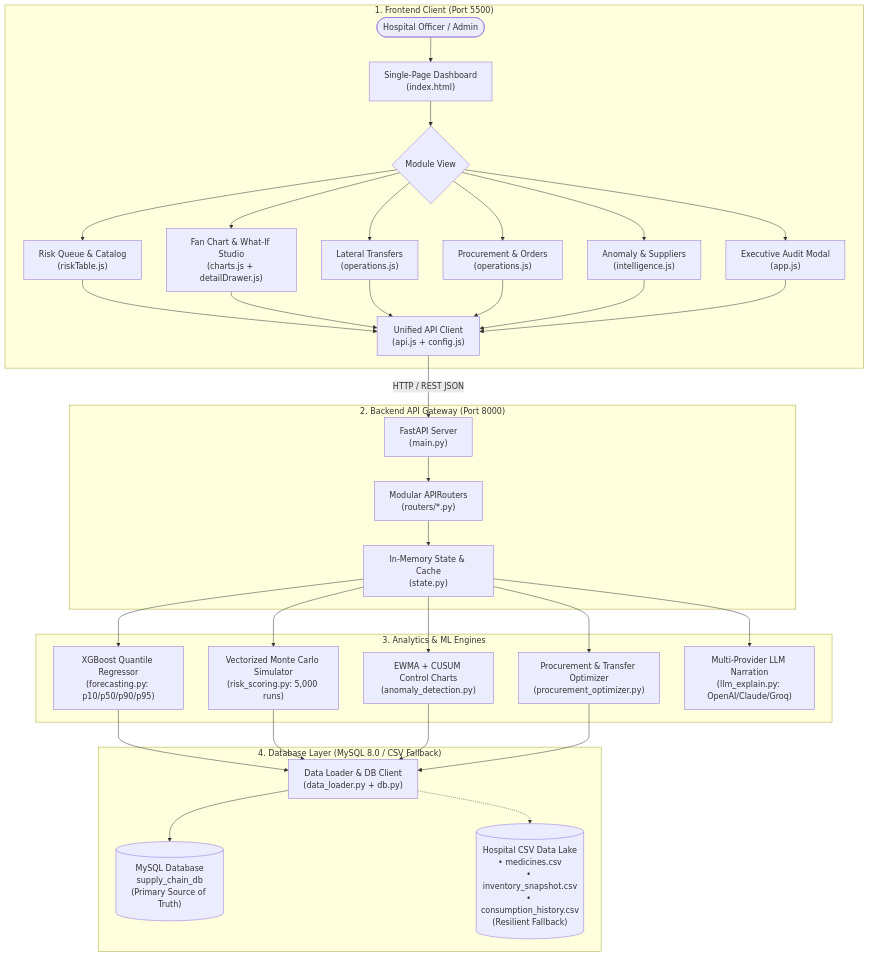
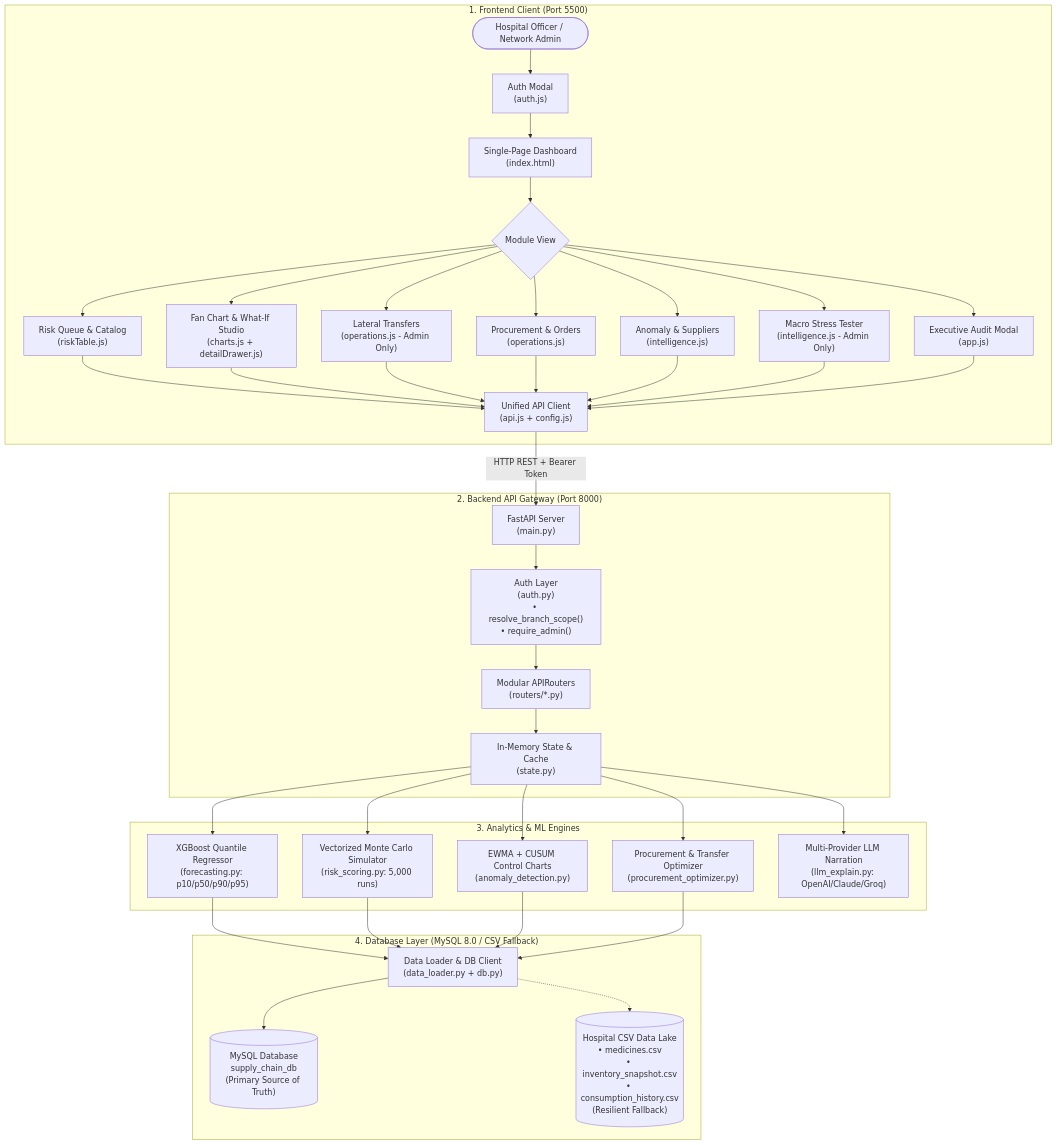
The diagram in README.md (Mithilesh2510/Nexus-Innovation), drawn with Mermaid before and after one commit. The commit also changed other lines of this file and 2 other files, not shown here.

````diff
--- a/README.md
+++ b/README.md
@@ -109,36 +92,39 @@
 ```mermaid
 flowchart TD
     subgraph UI ["1. Frontend Client (Port 5500)"]
-        User(["Hospital Officer / Admin"]) --> Dashboard["Single-Page Dashboard\n(index.html)"]
+        User(["Hospital Officer / Network Admin"]) --> LoginOverlay["Auth Modal\n(auth.js)"]
+        LoginOverlay --> Dashboard["Single-Page Dashboard\n(index.html)"]
         Dashboard --> Tabs{"Module View"}
         Tabs --> Tab1["Risk Queue & Catalog\n(riskTable.js)"]
         Tabs --> Tab2["Fan Chart & What-If Studio\n(charts.js + detailDrawer.js)"]
-        Tabs --> Tab3["Lateral Transfers\n(operations.js)"]
+        Tabs --> Tab3["Lateral Transfers\n(operations.js - Admin Only)"]
         Tabs --> Tab4["Procurement & Orders\n(operations.js)"]
         Tabs --> Tab5["Anomaly & Suppliers\n(intelligence.js)"]
-        Tabs --> Tab6["Executive Audit Modal\n(app.js)"]
+        Tabs --> Tab6["Macro Stress Tester\n(intelligence.js - Admin Only)"]
+        Tabs --> Tab7["Executive Audit Modal\n(app.js)"]
         
-        Tab1 & Tab2 & Tab3 & Tab4 & Tab5 & Tab6 --> APIClient["Unified API Client\n(api.js + config.js)"]
+        Tab1 & Tab2 & Tab3 & Tab4 & Tab5 & Tab6 & Tab7 --> APIClient["Unified API Client\n(api.js + config.js)"]
     end
 
     subgraph Backend ["2. Backend API Gateway (Port 8000)"]
-        APIClient -- "HTTP / REST JSON" --> Gateway["FastAPI Server\n(main.py)"]
-        Gateway --> Routers["Modular APIRouters\n(routers/*.py)"]
+        APIClient -- "HTTP REST + Bearer Token" --> Gateway["FastAPI Server\n(main.py)"]
+        Gateway --> AuthMiddleware["Auth Layer\n(auth.py)\n• resolve_branch_scope()\n• require_admin()"]
+        AuthMiddleware --> Routers["Modular APIRouters\n(routers/*.py)"]
         Routers --> StateCache["In-Memory State & Cache\n(state.py)"]
     end
 
     subgraph Engines ["3. Analytics & ML Engines"]
         StateCache --> ForecastEngine["XGBoost Quantile Regressor\n(forecasting.py: p10/p50/p90/p95)"]
         StateCache --> RiskEngine["Vectorized Monte Carlo Simulator\n(risk_scoring.py: 5,000 runs)"]
         StateCache --> AnomalyEngine["EWMA + CUSUM Control Charts\n(anomaly_detection.py)"]
         StateCache --> OptimizerEngine["Procurement & Transfer Optimizer\n(procurement_optimizer.py)"]
         StateCache --> LLMGateway["Multi-Provider LLM Narration\n(llm_explain.py: OpenAI/Claude/Groq)"]
     end
 
     subgraph Database ["4. Database Layer (MySQL 8.0 / CSV Fallback)"]
         DataLoader["Data Loader & DB Client\n(data_loader.py + db.py)"]
         ForecastEngine & RiskEngine & AnomalyEngine & OptimizerEngine --> DataLoader
         DataLoader --> MySQL[("MySQL Database\nsupply_chain_db\n(Primary Source of Truth)")]
         DataLoader -.-> CSVs[("Hospital CSV Data Lake\n• medicines.csv\n• inventory_snapshot.csv\n• consumption_history.csv\n(Resilient Fallback)")]
     end
 ```
````
